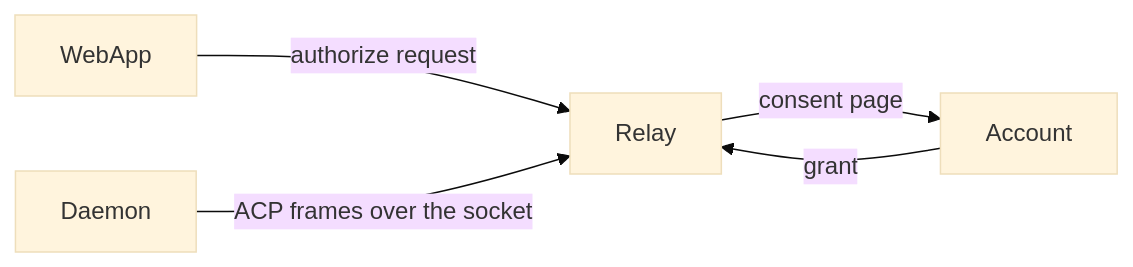
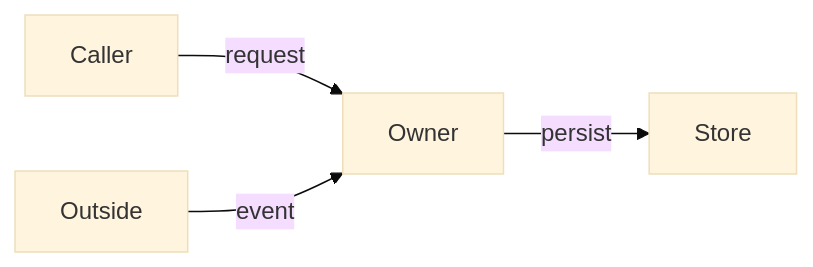
One commit to lulu0119/acp-web-gateway changed the first of 3 diagrams in .agents/skills/create-pr/references/pr-body.md. Above: the diagram before and after it, drawn with Mermaid (base theme). The commit also changed other lines of this file and 9 other files, not shown here.

````diff
--- a/.agents/skills/create-pr/references/pr-body.md
+++ b/.agents/skills/create-pr/references/pr-body.md
@@ -37,7 +35,6 @@
 ```mermaid
 flowchart LR
-  WebApp -->|authorize request| Relay
-  Relay -->|consent page| Account
-  Account -->|grant| Relay
-  Daemon -->|ACP frames over the socket| Relay
+  Caller -->|request| Owner
+  Owner -->|persist| Store
+  Outside -->|event| Owner
 ```
````
